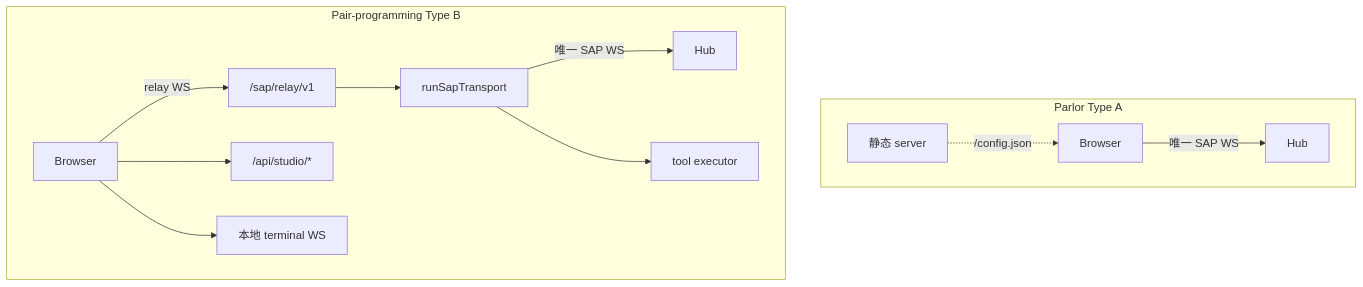
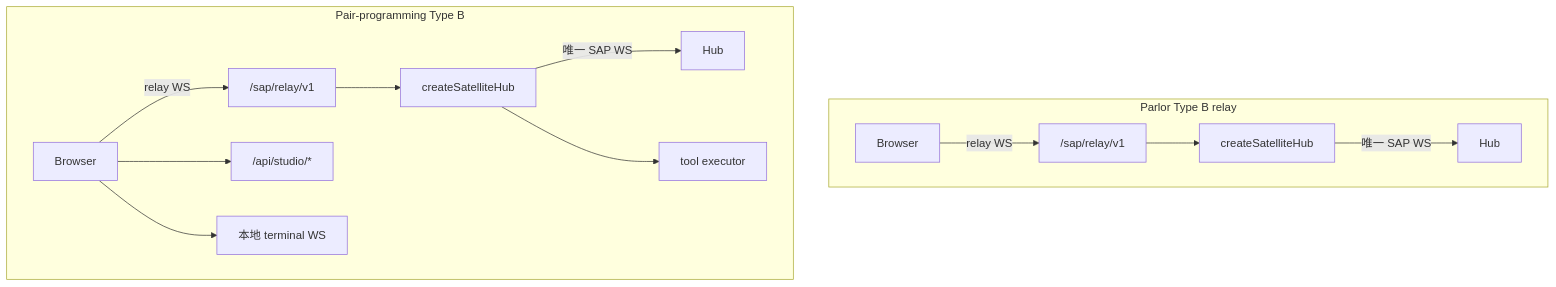
The diagram in docs/sap/satellite-guide.md (freeanima-org/freeanima), drawn with Mermaid before and after one commit. The commit also changed other lines of this file and 11 other files, not shown here.

First line of the commit message:
fix(parlor): 迁移 sidecar relay 修复会话列表与 instance 持久化

````diff
--- a/docs/sap/satellite-guide.md
+++ b/docs/sap/satellite-guide.md
@@ -79,16 +73,17 @@
 ```mermaid
 flowchart TB
-  subgraph parlor [Parlor Type A]
-    B1[Browser] -->|唯一 SAP WS| Hub1[Hub]
-    S1[静态 server] -.->|/config.json| B1
+  subgraph parlor [Parlor Type B relay]
+    B1[Browser] -->|relay WS| Relay1["/sap/relay/v1"]
+    Relay1 --> ProcSAP1[createSatelliteHub]
+    ProcSAP1 -->|唯一 SAP WS| Hub1[Hub]
   end
 
   subgraph ppy [Pair-programming Type B]
-    B2[Browser] -->|relay WS| Relay["/sap/relay/v1"]
-    Relay --> ProcSAP[runSapTransport]
-    ProcSAP -->|唯一 SAP WS| Hub2[Hub]
+    B2[Browser] -->|relay WS| Relay2["/sap/relay/v1"]
+    Relay2 --> ProcSAP2[createSatelliteHub]
+    ProcSAP2 -->|唯一 SAP WS| Hub2[Hub]
     B2 --> LocalFS["/api/studio/*"]
     B2 --> LocalPTY[本地 terminal WS]
-    ProcSAP --> ToolExec[tool executor]
+    ProcSAP2 --> ToolExec[tool executor]
   end
 ```
````
